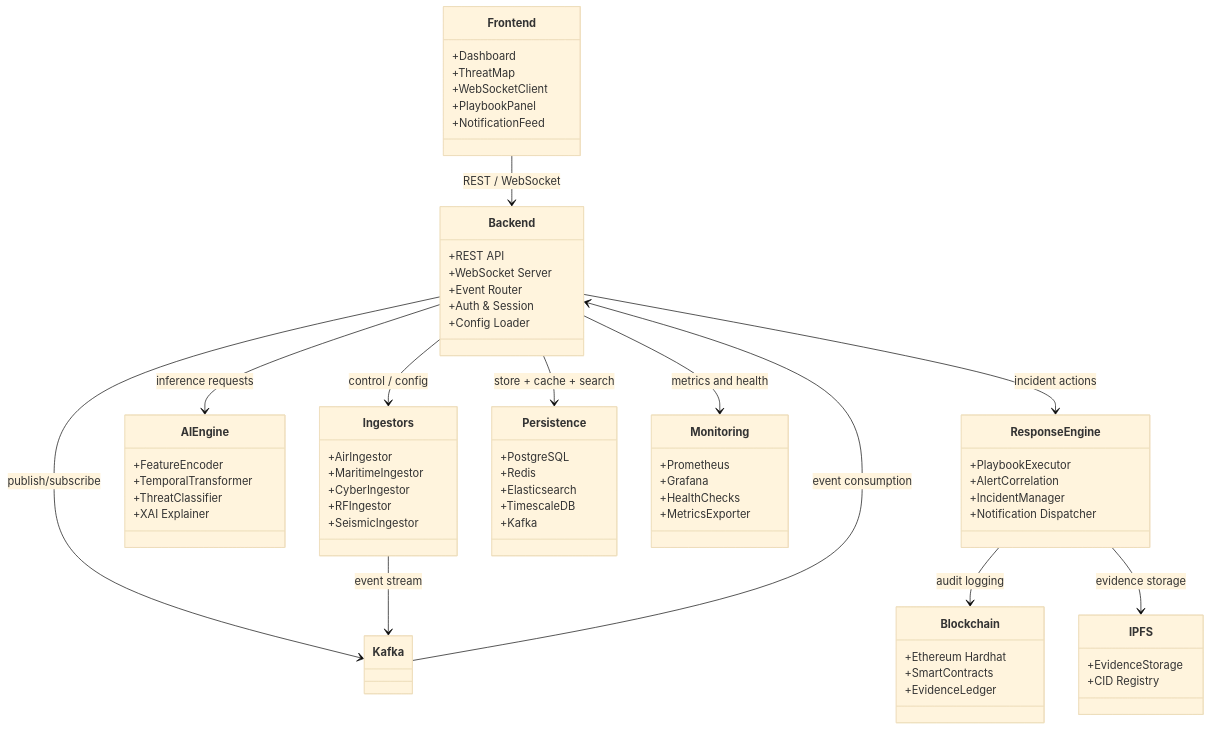
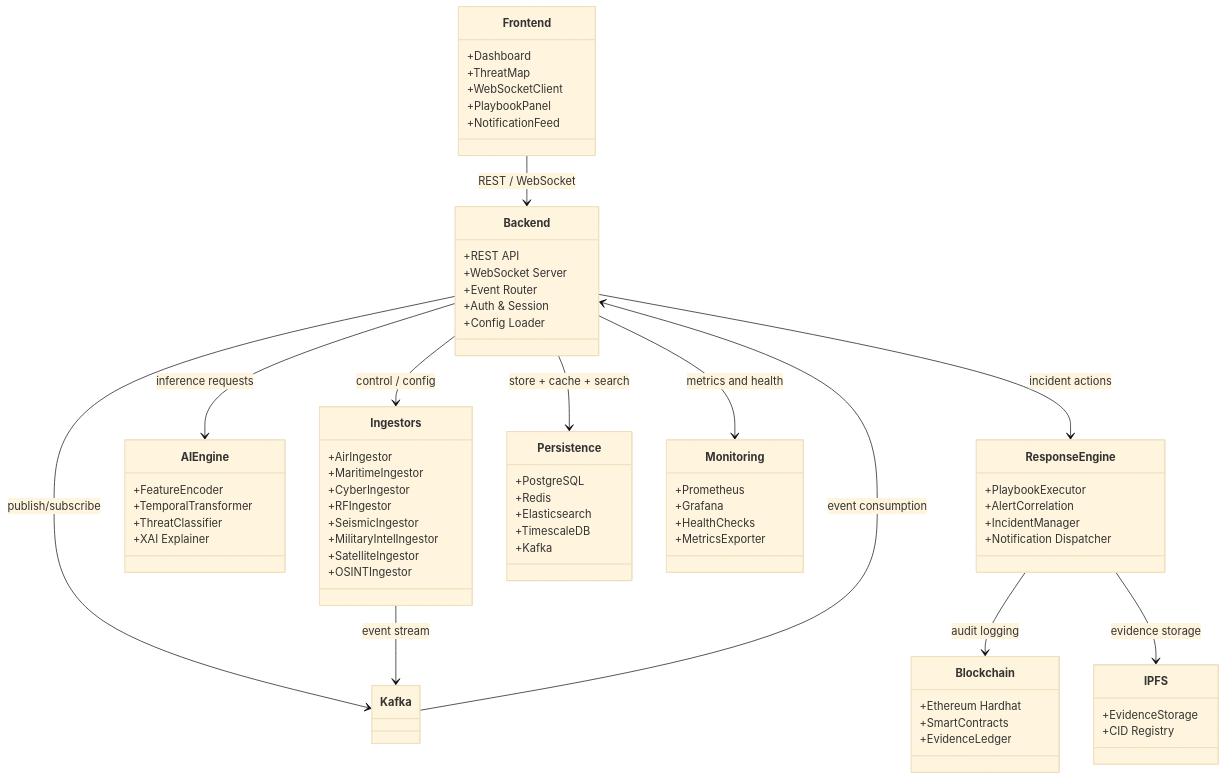
One commit to wi5nuu/SENTINEL-X-X-Domain-Threat-Fusion-Platform changed the second of 3 diagrams in README.md. Above: the diagram before and after it, drawn with Mermaid (base theme). The commit also changed other lines of this file, not shown here.

Commit message:
docs: include military, satellite, and OSINT sources in README diagrams

````diff
--- a/README.md
+++ b/README.md
@@ -221,70 +229,73 @@
 ```mermaid
 classDiagram
     class Frontend {
         +Dashboard
         +ThreatMap
         +WebSocketClient
         +PlaybookPanel
         +NotificationFeed
     }
     class Backend {
         +REST API
         +WebSocket Server
         +Event Router
         +Auth & Session
         +Config Loader
     }
     class Ingestors {
         +AirIngestor
         +MaritimeIngestor
         +CyberIngestor
         +RFIngestor
         +SeismicIngestor
+        +MilitaryIntelIngestor
+        +SatelliteIngestor
+        +OSINTIngestor
     }
     class AIEngine {
         +FeatureEncoder
         +TemporalTransformer
         +ThreatClassifier
         +XAI Explainer
     }
     class ResponseEngine {
         +PlaybookExecutor
         +AlertCorrelation
         +IncidentManager
         +Notification Dispatcher
     }
     class Persistence {
         +PostgreSQL
         +Redis
         +Elasticsearch
         +TimescaleDB
         +Kafka
     }
     class Blockchain {
         +Ethereum Hardhat
         +SmartContracts
         +EvidenceLedger
     }
     class IPFS {
         +EvidenceStorage
         +CID Registry
     }
     class Monitoring {
         +Prometheus
         +Grafana
         +HealthChecks
         +MetricsExporter
     }
 
     Frontend --> Backend: REST / WebSocket
     Backend --> Persistence: store + cache + search
     Backend --> Kafka: publish/subscribe
     Backend --> Ingestors: control / config
     Backend --> AIEngine: inference requests
     Backend --> ResponseEngine: incident actions
     ResponseEngine --> Blockchain: audit logging
     ResponseEngine --> IPFS: evidence storage
     Backend --> Monitoring: metrics and health
     Ingestors --> Kafka: event stream
     Kafka --> Backend: event consumption
 ```
````
